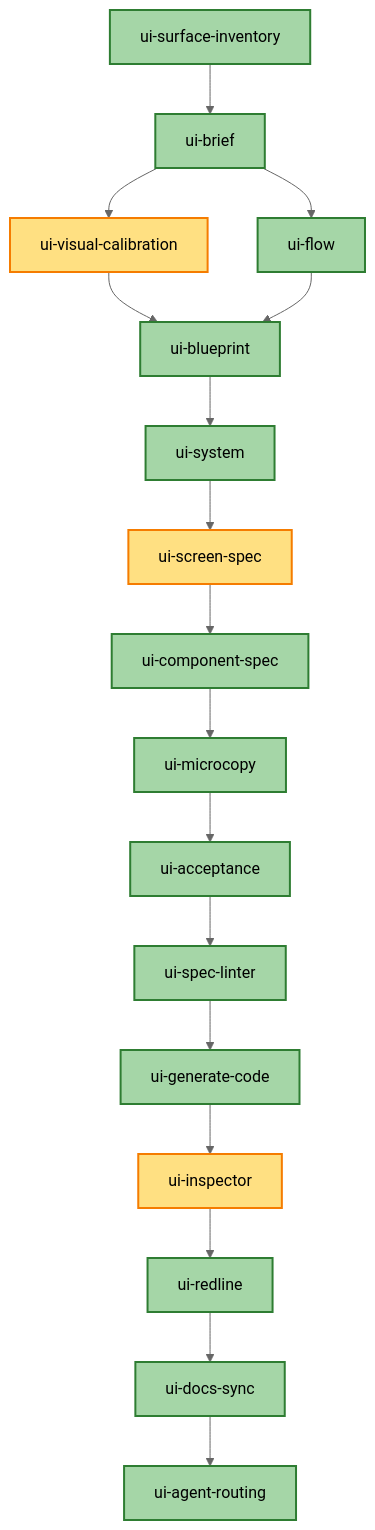
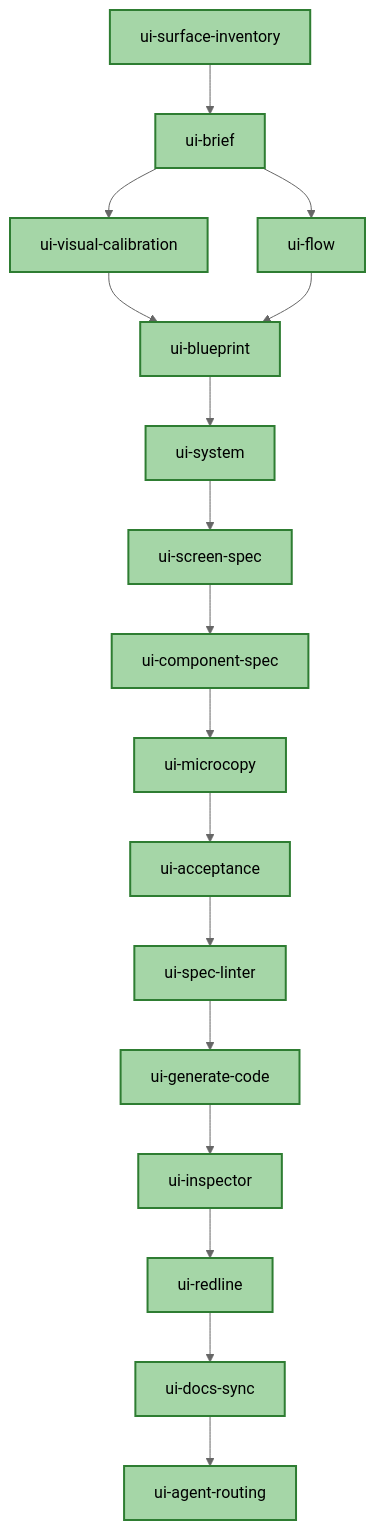
Before and after one commit to ThorStarlord/interface-skills: the diagram in roadmap.md, drawn with Mermaid (neutral theme). The commit also changed other lines of this file, not shown here.

Commit message:
feat: promote core skills to stable and finalize certification workflow milestones in roadmap

````diff
--- a/roadmap.md
+++ b/roadmap.md
@@ -21,39 +21,39 @@
 ```mermaid
 graph TD
     classDef stable fill:#a5d6a7,stroke:#2e7d32,stroke-width:2px;
     classDef draft fill:#ffe082,stroke:#f57c00,stroke-width:2px;
     
     inventory["ui-surface-inventory"]:::stable
     brief["ui-brief"]:::stable
-    calibration["ui-visual-calibration"]:::draft
+    calibration["ui-visual-calibration"]:::stable
     flow["ui-flow"]:::stable
     blueprint["ui-blueprint"]:::stable
     system["ui-system"]:::stable
-    screen["ui-screen-spec"]:::draft
+    screen["ui-screen-spec"]:::stable
     component["ui-component-spec"]:::stable
     microcopy["ui-microcopy"]:::stable
     acceptance["ui-acceptance"]:::stable
     linter["ui-spec-linter"]:::stable
     codegen["ui-generate-code"]:::stable
-    inspector["ui-inspector"]:::draft
+    inspector["ui-inspector"]:::stable
     redline["ui-redline"]:::stable
     sync["ui-docs-sync"]:::stable
     routing["ui-agent-routing"]:::stable
     
     inventory --> brief
     brief --> calibration
     calibration --> blueprint
     brief --> flow
     flow --> blueprint
     blueprint --> system
     system --> screen
     screen --> component
     component --> microcopy
     microcopy --> acceptance
     acceptance --> linter
     linter --> codegen
     codegen --> inspector
     inspector --> redline
     redline --> sync
     sync --> routing
 ```
````
